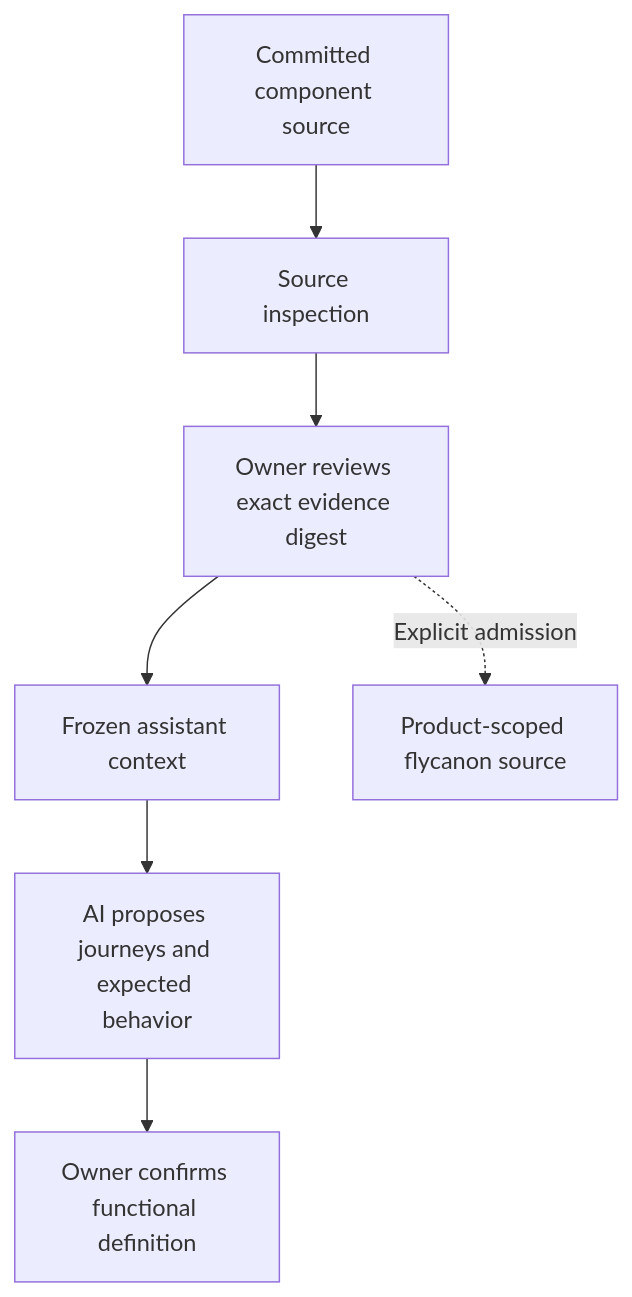
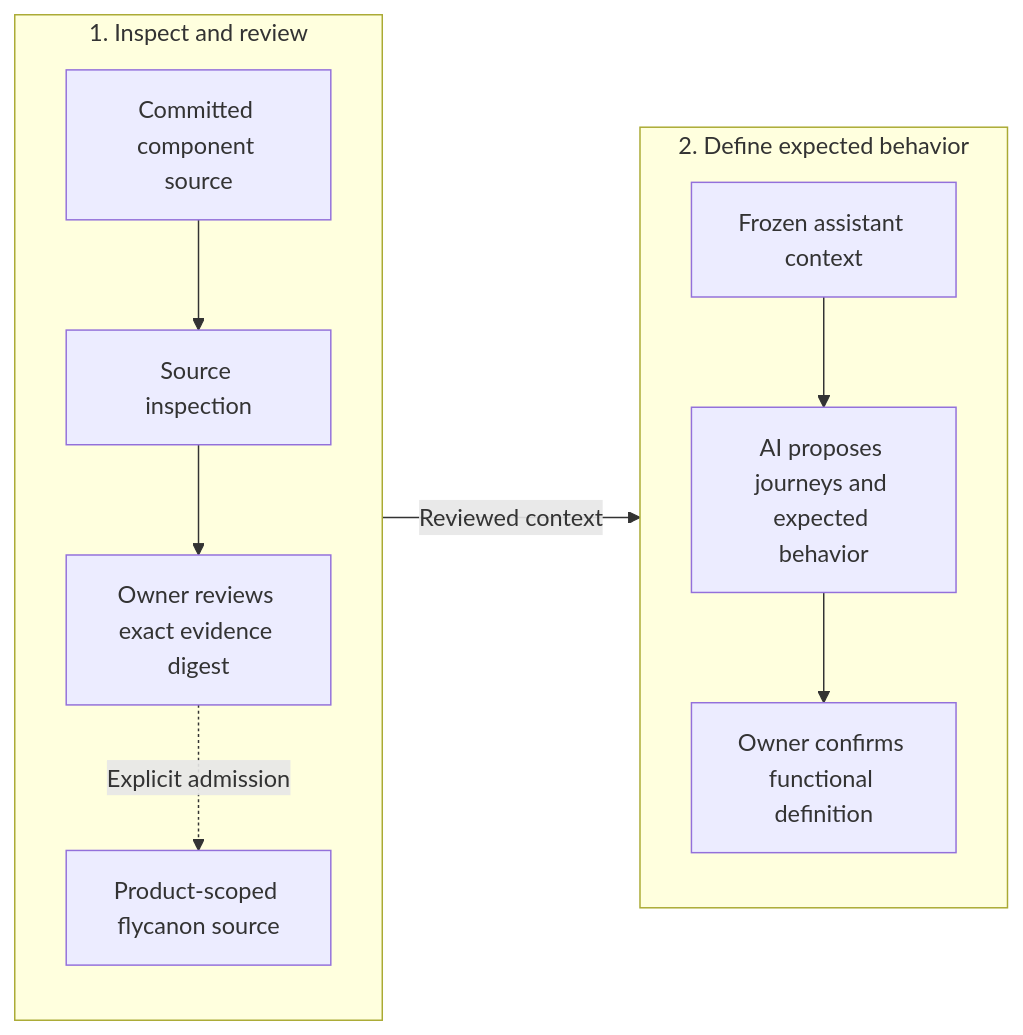
The diagram in docs/as-is-handoff.md (fireflyframework/firefly-forge), drawn with Mermaid before and after one commit. The commit also changed other lines of this file and 5 other files, not shown here.

Commit message:
Explain lifecycle flows as accessible horizontal phases

````diff
--- a/docs/as-is-handoff.md
+++ b/docs/as-is-handoff.md
@@ -12,14 +14,20 @@
 ```mermaid
 ---
 config:
   flowchart:
     wrappingWidth: 120
 ---
-flowchart TD
-  Source[Committed component source] --> Inspect[Source inspection]
-  Inspect --> Review[Owner reviews exact evidence digest]
-  Review --> Context[Frozen assistant context]
-  Context --> Proposal[AI proposes journeys and expected behavior]
-  Proposal --> Confirm[Owner confirms functional definition]
-  Review -. Explicit admission .-> Canon[Product-scoped flycanon source]
+flowchart LR
+  subgraph InspectPhase["1. Inspect and review"]
+    direction TB
+    Source[Committed component source] --> Inspect[Source inspection]
+    Inspect --> Review[Owner reviews exact evidence digest]
+    Review -. Explicit admission .-> Canon[Product-scoped flycanon source]
+  end
+  subgraph DefinePhase["2. Define expected behavior"]
+    direction TB
+    Context[Frozen assistant context] --> Proposal[AI proposes journeys and expected behavior]
+    Proposal --> Confirm[Owner confirms functional definition]
+  end
+  InspectPhase -->|Reviewed context| DefinePhase
 ```
````
